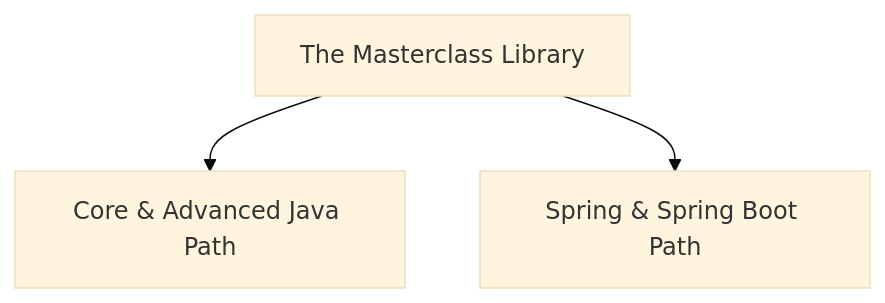
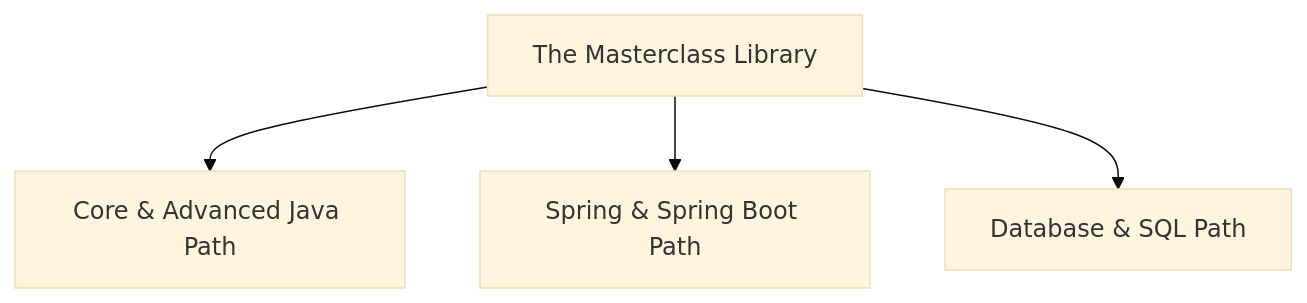
Before and after one commit to VishalH01/Java_Notes: the diagram in README.md, drawn with Mermaid (base theme). The commit also changed other lines of this file and 11 other files, not shown here.

Commit message:
Added SQL course track with 10 comprehensive topics and sub-roadmaps

````diff
--- a/README.md
+++ b/README.md
@@ -13,8 +13,10 @@
 ```mermaid
 graph TD
     Root[The Masterclass Library] --> JavaTrack[Core & Advanced Java Path]
     Root --> SpringBootTrack[Spring & Spring Boot Path]
+    Root --> SQLTrack[Database & SQL Path]
     
     click JavaTrack "Java/README.md" "Open Java Path"
     click SpringBootTrack "SpringBoot/README.md" "Open Spring Boot Path"
+    click SQLTrack "SQL/README.md" "Open SQL Path"
 ```
````
